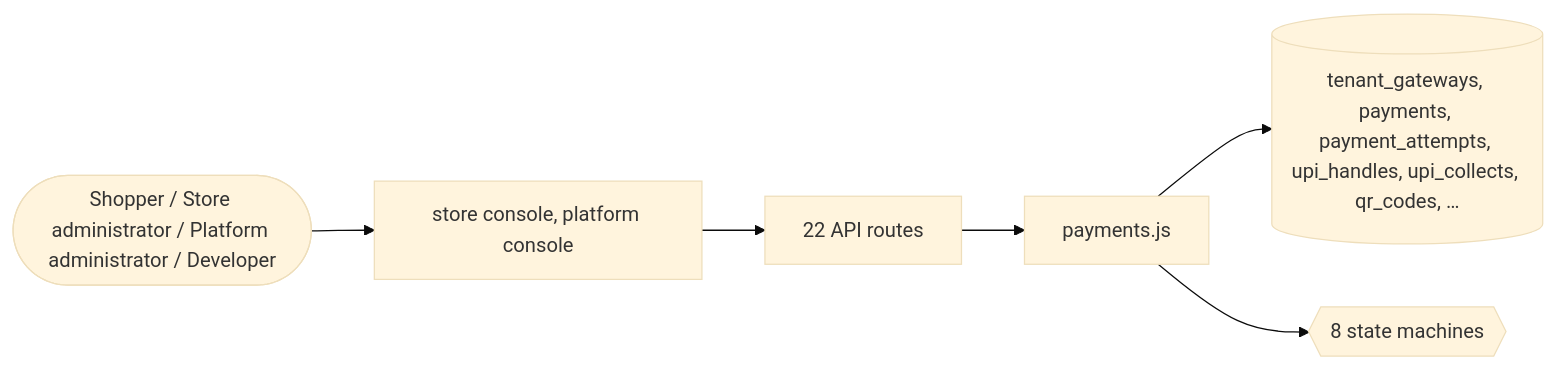
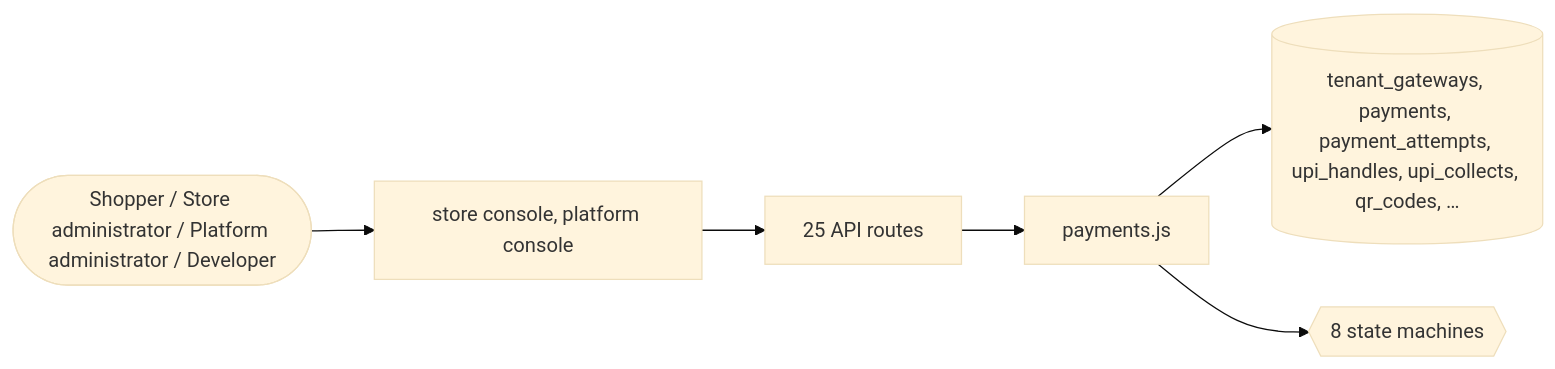
The ninth of 9 diagrams in docs/domains/payments.md (echelonxventures-Projects/universal-product), drawn with Mermaid (base theme) before and after one commit. The commit also changed other lines of this file and 13 other files, not shown here.

````diff
--- a/docs/domains/payments.md
+++ b/docs/domains/payments.md
@@ -361,8 +364,8 @@
 ```mermaid
 flowchart LR
   U([Shopper / Store administrator / Platform administrator / Developer]) --> UI[store console, platform console]
-  UI --> API[22 API routes]
+  UI --> API[25 API routes]
   API --> ENG[payments.js]
   ENG --> DB[(tenant_gateways, payments, payment_attempts, upi_handles, upi_collects, qr_codes, …)]
   ENG --> SM{{8 state machines}}
 ```
````
